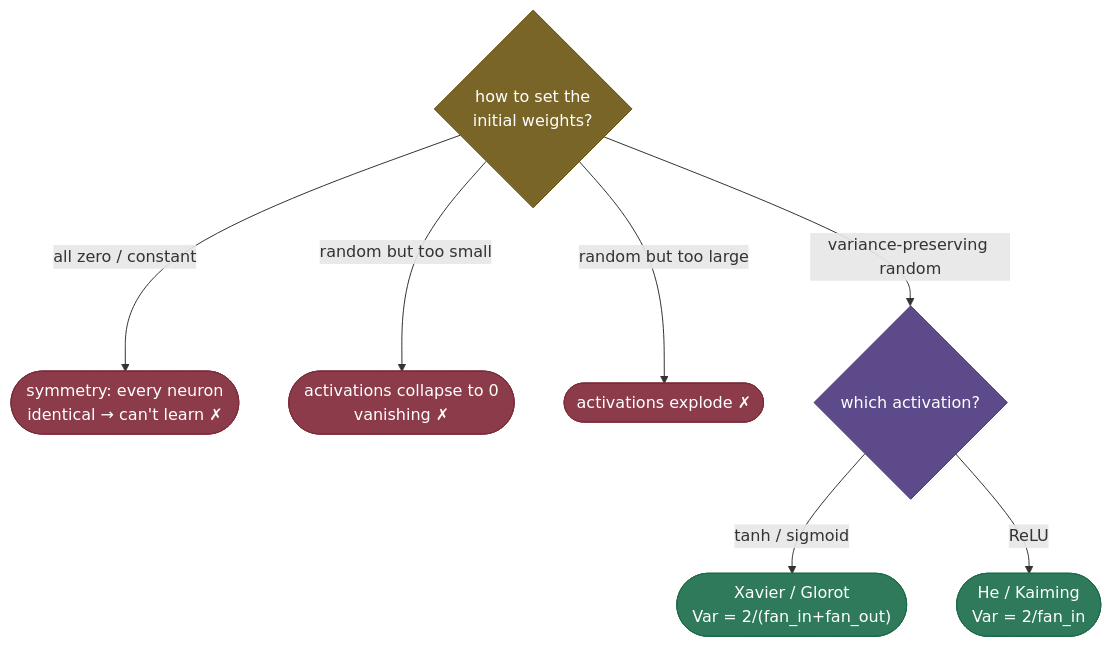
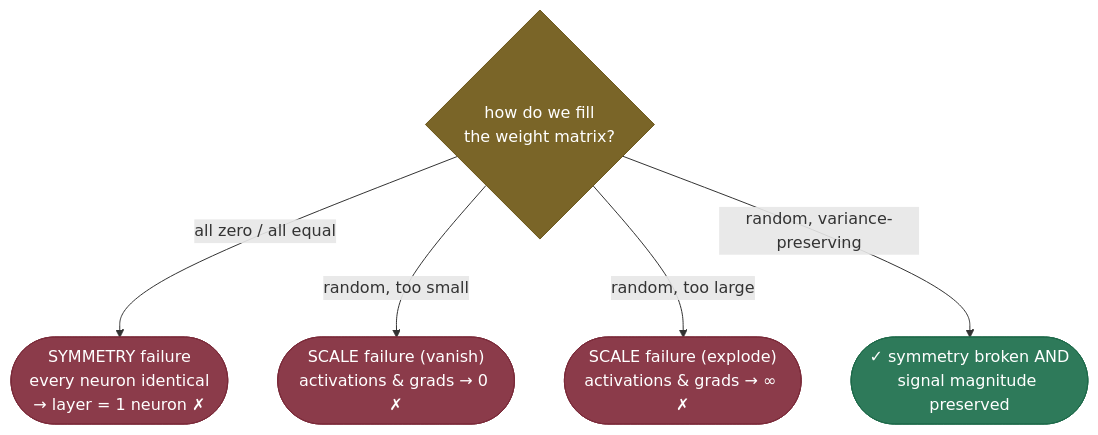
Before and after one commit to sudhir13s/AI-ML-learning-resources: the first of 2 diagrams in 05. Deep_Learning/concepts/05-Weight-Initialization.md, drawn with Mermaid. The commit also changed other lines of this file and 6 other files, not shown here.

````diff
--- a/05. Deep_Learning/concepts/05-Weight-Initialization.md
+++ b/05. Deep_Learning/concepts/05-Weight-Initialization.md
@@ -72,15 +43,12 @@
 ```mermaid
 graph TD
-    Q{"how to set the<br/>initial weights?"}:::amber
-    Q -->|"all zero / constant"| Z(["symmetry: every neuron<br/>identical → can't learn ✗"]):::danger
-    Q -->|"random but too small"| S(["activations collapse to 0<br/>vanishing ✗"]):::danger
-    Q -->|"random but too large"| L(["activations explode ✗"]):::danger
-    Q -->|"variance-preserving random"| V{"which activation?"}:::process
-    V -->|"tanh / sigmoid"| X(["Xavier / Glorot<br/>Var = 2/(fan_in+fan_out)"]):::out
-    V -->|"ReLU"| H(["He / Kaiming<br/>Var = 2/fan_in"]):::out
+    Q{"how do we fill<br/>the weight matrix?"}:::amber
+    Q -->|"all zero / all equal"| Z(["SYMMETRY failure<br/>every neuron identical<br/>→ layer = 1 neuron ✗"]):::danger
+    Q -->|"random, too small"| S(["SCALE failure (vanish)<br/>activations & grads → 0 ✗"]):::danger
+    Q -->|"random, too large"| L(["SCALE failure (explode)<br/>activations & grads → ∞ ✗"]):::danger
+    Q -->|"random, variance-preserving"| V(["✓ symmetry broken AND<br/>signal magnitude preserved"]):::out
 
     classDef amber fill:#7A6528,stroke:#6A5518,color:#fff
     classDef danger fill:#8B3B4A,stroke:#7B2B3A,color:#fff
-    classDef process fill:#5D4A8A,stroke:#4D3A7A,color:#fff
     classDef out fill:#2E7A5A,stroke:#1E6A4A,color:#fff
 ```
````
